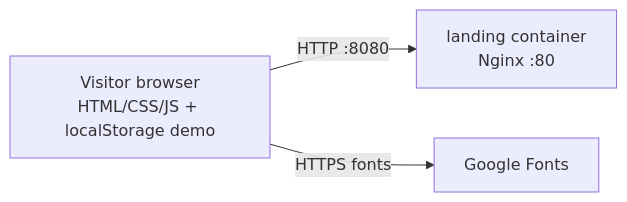
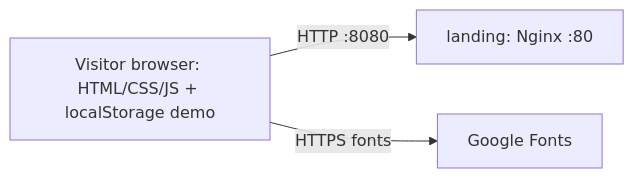
One commit to mwanielista/umiemto changed the first of 2 diagrams in docs/architecture/containers.md. Above: the diagram before and after it, drawn with Mermaid. The commit also changed other lines of this file and 16 other files, not shown here.

````diff
--- a/docs/architecture/containers.md
+++ b/docs/architecture/containers.md
@@ -5,5 +5,8 @@
 ```mermaid
 flowchart LR
-    browser["Visitor browser\nHTML/CSS/JS + localStorage demo"] -->|"HTTP :8080"| nginx["landing container\nNginx :80"]
-    browser -->|"HTTPS fonts"| fonts["Google Fonts"]
+    visitor["Visitor browser: HTML/CSS/JS + localStorage demo"]
+    landing["landing: Nginx :80"]
+    fonts["Google Fonts"]
+    visitor -->|"HTTP :8080"| landing
+    visitor -->|"HTTPS fonts"| fonts
 ```
````
